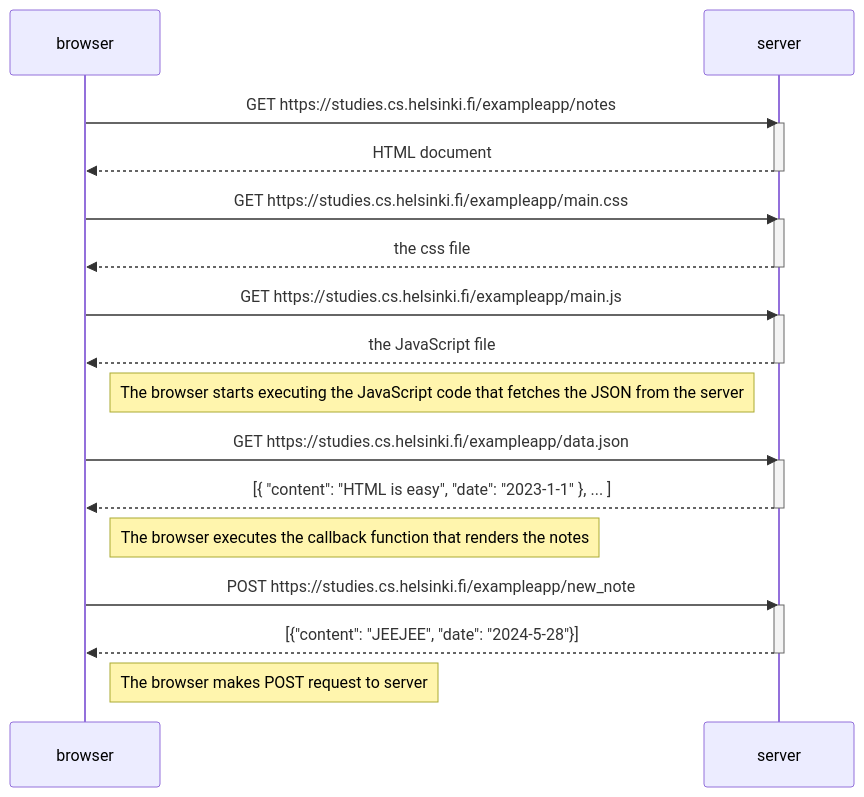
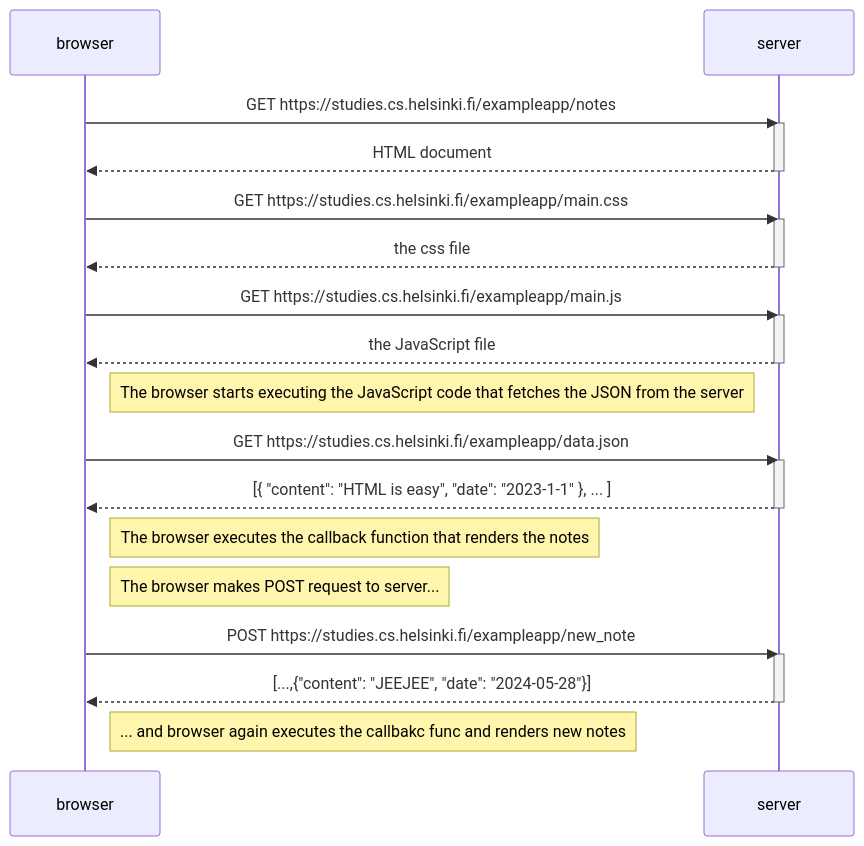
One commit to eitsei/FSD changed the diagram in OSA0/0_4.md. Above: the diagram before and after it, drawn with Mermaid.

````diff
--- a/OSA0/0_4.md
+++ b/OSA0/0_4.md
@@ -1,37 +1,38 @@
 ```mermaid
 sequenceDiagram
     participant browser
     participant server
     
     browser->>server: GET https://studies.cs.helsinki.fi/exampleapp/notes
     activate server
     server-->>browser: HTML document
     deactivate server
     
     browser->>server: GET https://studies.cs.helsinki.fi/exampleapp/main.css
     activate server
     server-->>browser: the css file
     deactivate server
     
     browser->>server: GET https://studies.cs.helsinki.fi/exampleapp/main.js
     activate server
     server-->>browser: the JavaScript file
     deactivate server
     
     Note right of browser: The browser starts executing the JavaScript code that fetches the JSON from the server
     
     browser->>server: GET https://studies.cs.helsinki.fi/exampleapp/data.json
     activate server
     server-->>browser: [{ "content": "HTML is easy", "date": "2023-1-1" }, ... ]
     deactivate server    
 
     Note right of browser: The browser executes the callback function that renders the notes
 
+    Note right of browser: The browser makes POST request to server...
     browser ->>server: POST  https://studies.cs.helsinki.fi/exampleapp/new_note
     activate server
-    server -->>browser: [{"content": "JEEJEE", "date": "2024-5-28"}]
+    server -->>browser: [...,{"content": "JEEJEE", "date": "2024-05-28"}]
     deactivate server
 
-    Note right of browser: The browser makes POST request to server
+    Note right of browser: ... and browser again executes the callbakc func and renders new notes
     
 ```
````
